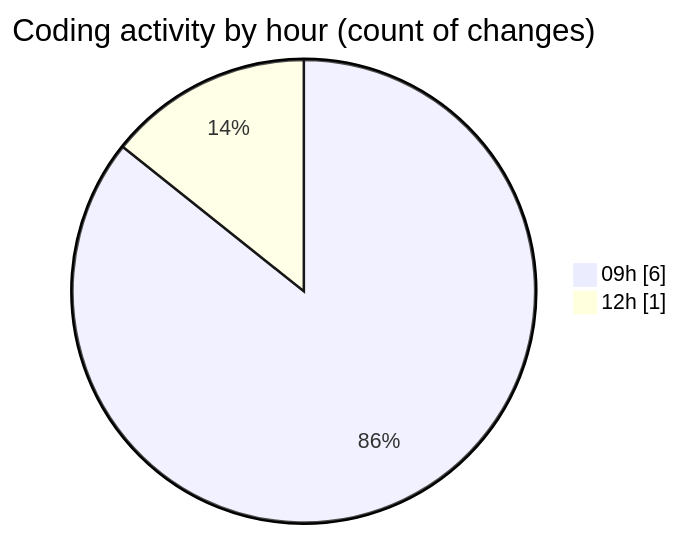
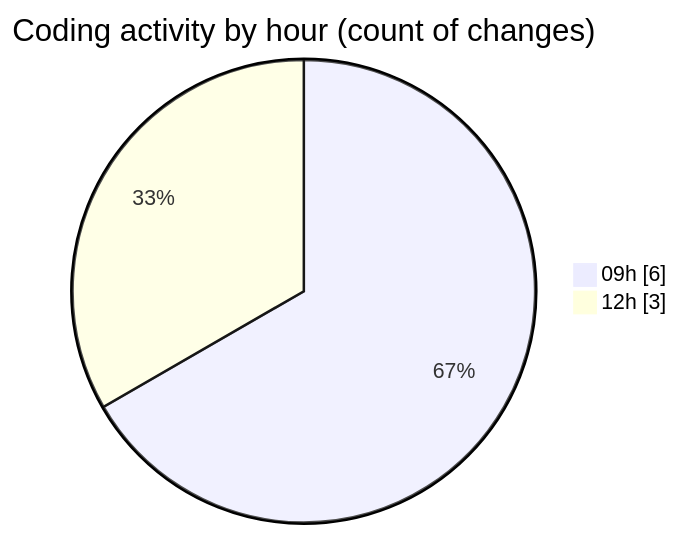
One commit to momahboobian/code-tracking changed the second of 2 diagrams in 2026-09-29/cda/README.md. Above: the diagram before and after it, drawn with Mermaid. The commit also changed other lines of this file and 1 other file, not shown here.

````diff
--- a/2026-09-29/cda/README.md
+++ b/2026-09-29/cda/README.md
@@ -33,6 +35,6 @@
 ```mermaid
 pie showData
 title Coding activity by hour (count of changes)
 "09h" : 6
-"12h" : 1
+"12h" : 3
 ```
````
